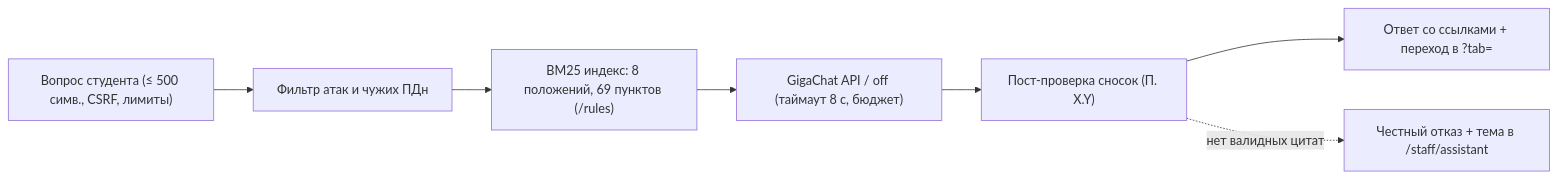
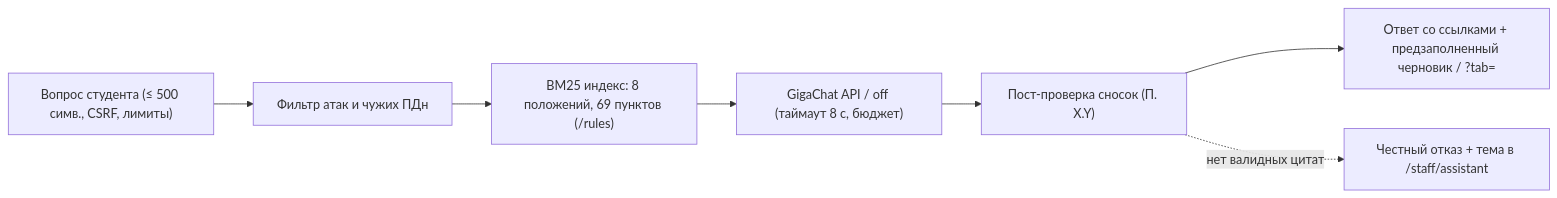
The diagram in README.md (artemmalanin979-create/semester), drawn with Mermaid before and after one commit. The commit also changed other lines of this file and 3 other files, not shown here.

````diff
--- a/README.md
+++ b/README.md
@@ -138,9 +138,9 @@
 ```mermaid
 flowchart LR
   Q["Вопрос студента (≤ 500 симв., CSRF, лимиты)"] --> F["Фильтр атак и чужих ПДн"]
   F --> R["BM25 индекс: 8 положений, 69 пунктов (/rules)"]
   R --> L["GigaChat API / off (таймаут 8 с, бюджет)"]
   L --> V["Пост-проверка сносок (П. X.Y)"]
-  V --> A["Ответ со ссылками + переход в ?tab="]
+  V --> A["Ответ со ссылками + предзаполненный черновик / ?tab="]
   V -. "нет валидных цитат" .-> G["Честный отказ + тема в /staff/assistant"]
 ```
````
